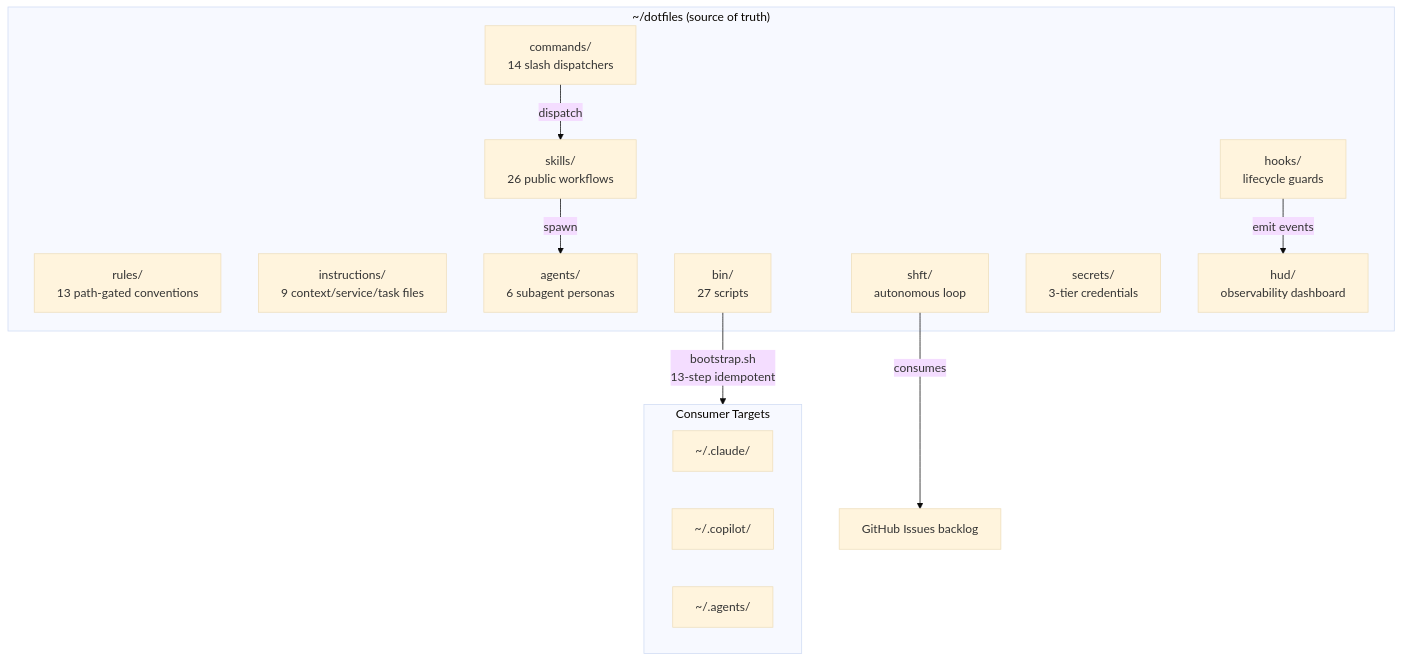
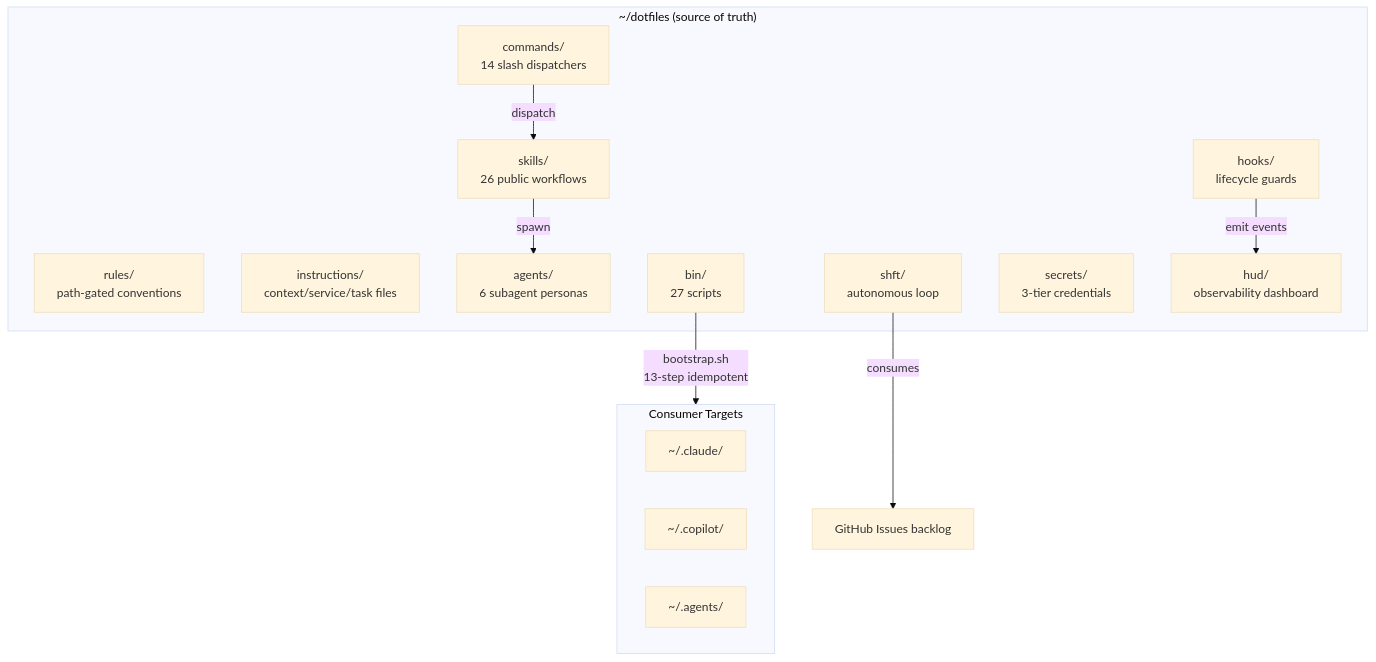
Before and after one commit to arndvs/dotfiles: the diagram in docs/ARCHITECTURE.md, drawn with Mermaid (base theme). The commit also changed other lines of this file and 1 other file, not shown here.

Commit message:
fix: include conditional_files in phase2 empty check; drop hard-coded counts in ARCHITECTURE.md

````diff
--- a/docs/ARCHITECTURE.md
+++ b/docs/ARCHITECTURE.md
@@ -12,27 +12,27 @@
 ```mermaid
 graph TB
     subgraph "~/dotfiles (source of truth)"
-        RULES["rules/<br/>13 path-gated conventions"]
-        INST["instructions/<br/>9 context/service/task files"]
+        RULES["rules/<br/>path-gated conventions"]
+        INST["instructions/<br/>context/service/task files"]
         SKILLS["skills/<br/>26 public workflows"]
         AGENTS["agents/<br/>6 subagent personas"]
         CMDS["commands/<br/>14 slash dispatchers"]
         HOOKS["hooks/<br/>lifecycle guards"]
         BIN["bin/<br/>27 scripts"]
         SHFT["shft/<br/>autonomous loop"]
         SECRETS["secrets/<br/>3-tier credentials"]
         HUD["hud/<br/>observability dashboard"]
     end
 
     BIN -->|"bootstrap.sh<br/>13-step idempotent"| CONSUMERS
     subgraph CONSUMERS["Consumer Targets"]
         CLAUDE["~/.claude/"]
         COPILOT["~/.copilot/"]
         AGENTSDIR["~/.agents/"]
     end
 
     CMDS -->|"dispatch"| SKILLS
     SKILLS -->|"spawn"| AGENTS
     HOOKS -->|"emit events"| HUD
     SHFT -->|"consumes"| ISSUES["GitHub Issues backlog"]
 ```
````
